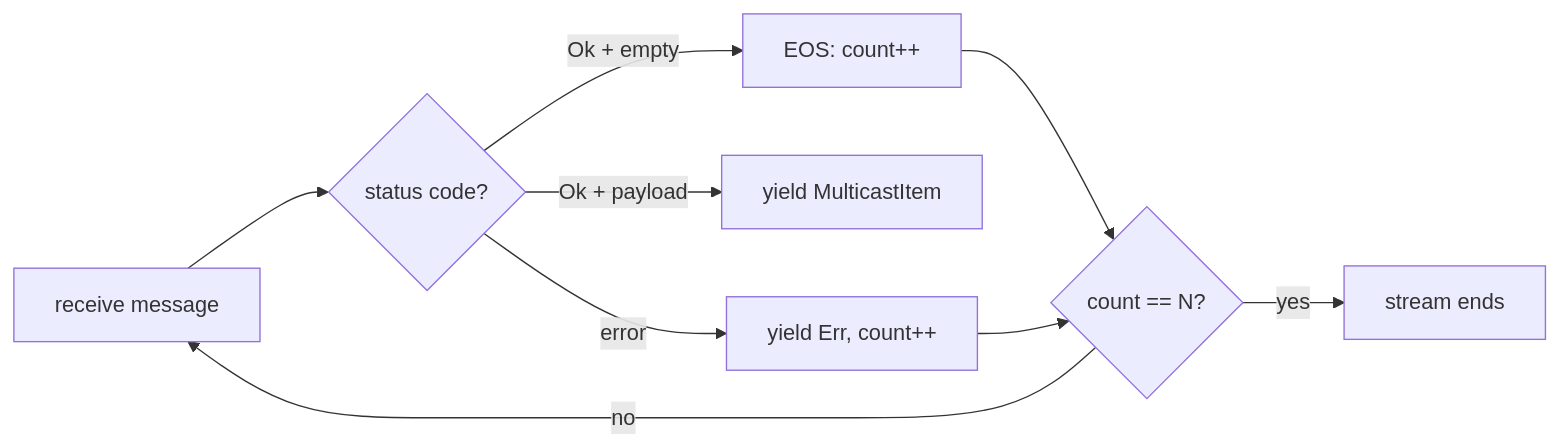
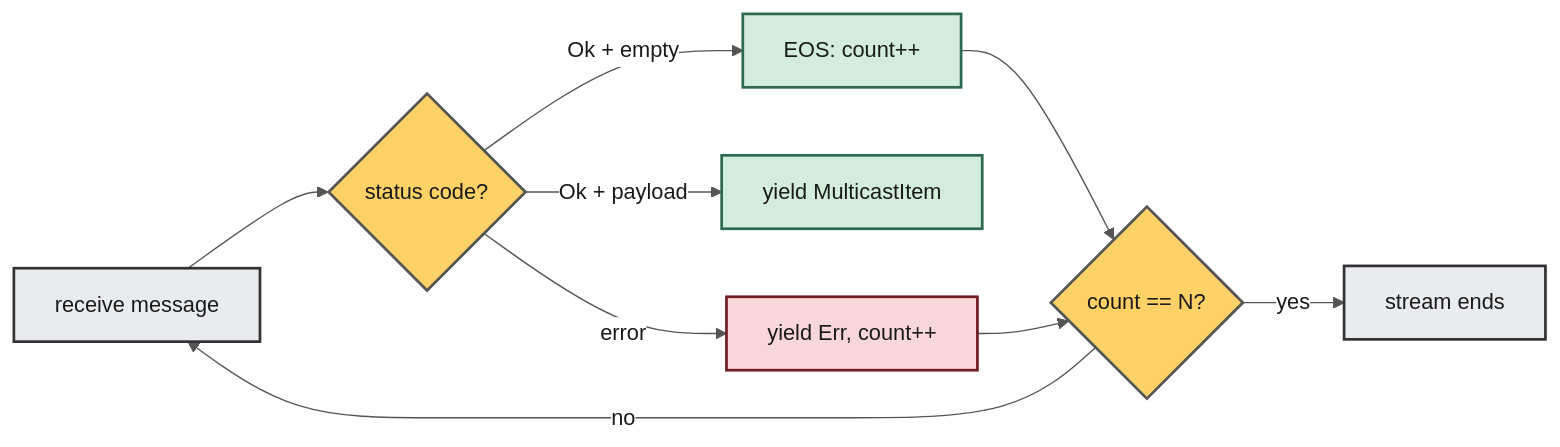
Before and after one commit to agntcy/blogs: the sixth of 7 diagrams in _posts/2026-03-30-slimrpc-multicast.md, drawn with Mermaid.

Commit message:
feat: multicast RPC blog post

````diff
--- a/_posts/2026-03-30-slimrpc-multicast.md
+++ b/_posts/2026-03-30-slimrpc-multicast.md
@@ -316,11 +316,20 @@
 ```mermaid
+%%{init: {"theme": "base", "themeVariables": {"primaryColor": "#ffffff", "primaryTextColor": "#1a1a1a", "primaryBorderColor": "#333333", "lineColor": "#555555", "edgeLabelBackground": "#ffffff"}}}%%
 flowchart LR
     A[receive message] --> B{status code?}
     B -->|Ok + empty| C[EOS: count++]
     B -->|Ok + payload| D[yield MulticastItem]
     B -->|error| E[yield Err, count++]
     C --> F{count == N?}
     E --> F
     F -->|yes| G[stream ends]
     F -->|no| A
+
+    style A fill:#e9ecef,stroke:#333,stroke-width:2px,color:#1a1a1a
+    style B fill:#ffd166,stroke:#555,stroke-width:2px,color:#1a1a1a
+    style C fill:#d4edda,stroke:#2d6a4f,stroke-width:2px,color:#1a1a1a
+    style D fill:#d4edda,stroke:#2d6a4f,stroke-width:2px,color:#1a1a1a
+    style E fill:#f8d7da,stroke:#721c24,stroke-width:2px,color:#1a1a1a
+    style F fill:#ffd166,stroke:#555,stroke-width:2px,color:#1a1a1a
+    style G fill:#e9ecef,stroke:#333,stroke-width:2px,color:#1a1a1a
 ```
````
